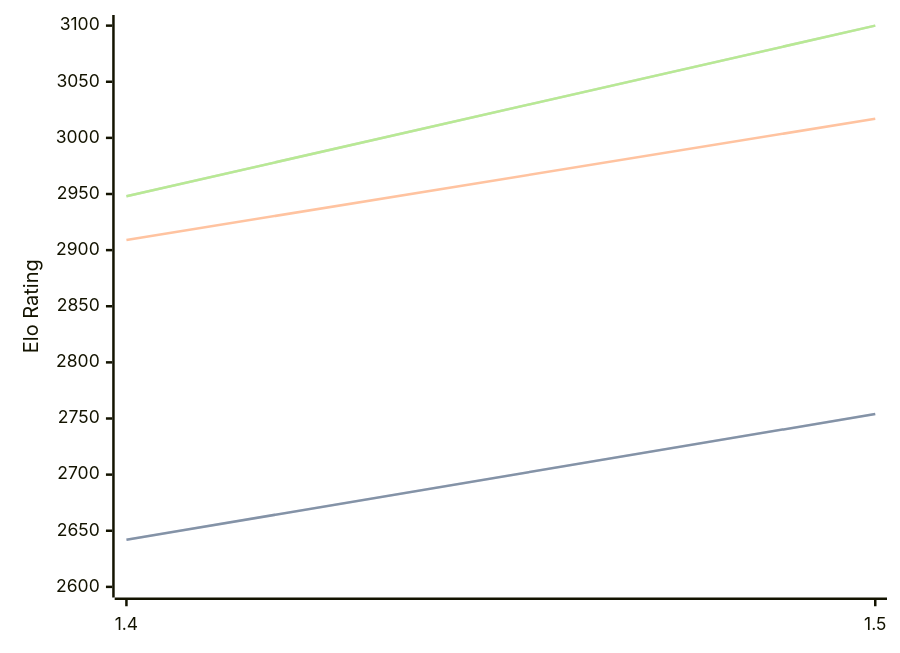
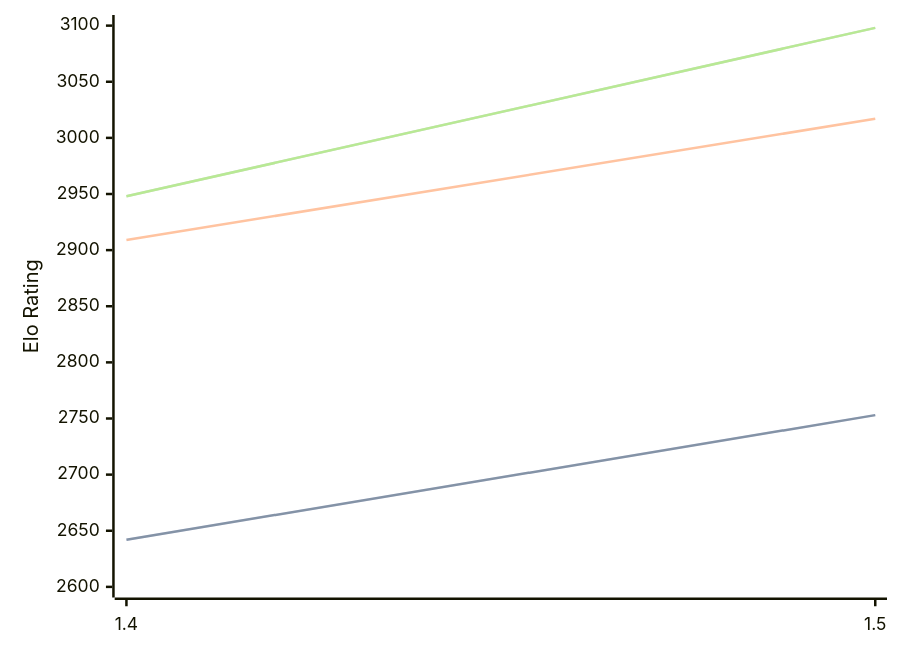
The diagram in engines/Yakka.md (computer-chess-index/cci), drawn with Mermaid before and after one commit. The commit also changed other lines of this file, not shown here.

Commit message:
Update CCI Ratings (ELO VLTC) - 2026-08-03

````diff
--- a/engines/Yakka.md
+++ b/engines/Yakka.md
@@ -36,11 +36,11 @@
 ```mermaid
 %%{init: {"theme":"base","themeVariables":{"seriesColors:['#a3a3a3','#222221','#faa371']}}}%%
 xychart-beta
   x-axis ["1.4", "1.5"]
   y-axis "Elo Rating" 2600 --> 3100
-  line "STC (8.0+0.08s)" [2642, 2754]
-  line "STC (8.0+0.08s)" [2642, 2754]
+  line "STC (8.0+0.08s)" [2642, 2753]
+  line "STC (8.0+0.08s)" [2642, 2753]
   line "LTC (60.0+0.60s)" [2909, 3017]
-  line "VLTC (2m24s+1.12s)" [2948, 3100]
-  line "VLTC (2m24s+1.12s)" [2948, 3100]
+  line "VLTC (2m24s+1.12s)" [2948, 3098]
+  line "VLTC (2m24s+1.12s)" [2948, 3098]
 ```
````
